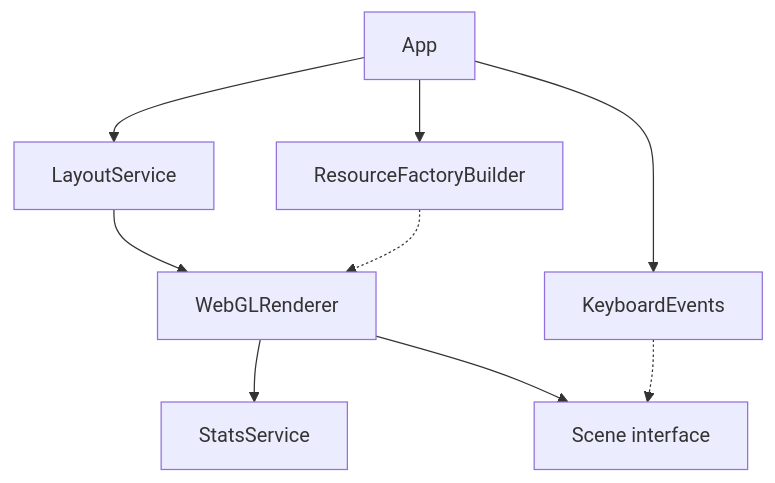
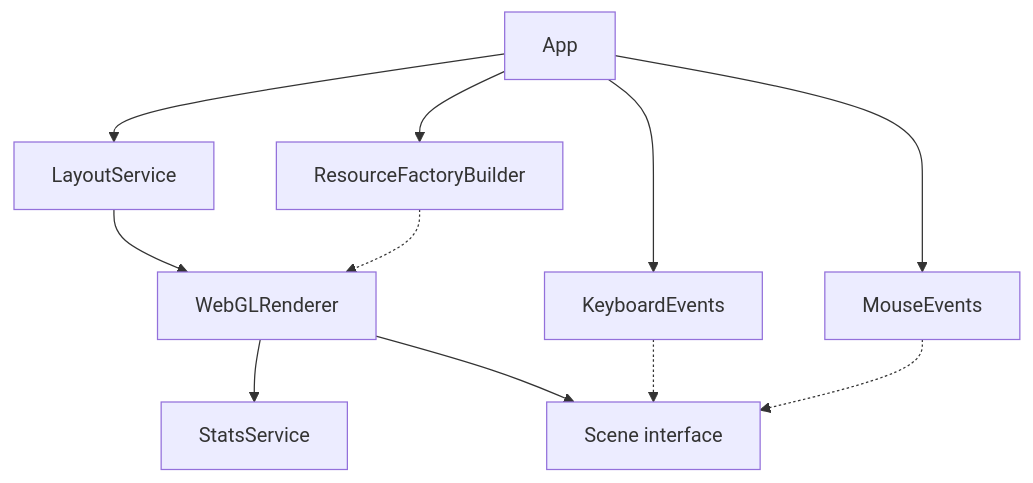
One commit to kannbaker/rpthree changed the first of 2 diagrams in docs/client-arch.md. Above: the diagram before and after it, drawn with Mermaid. The commit also changed 7 other files, not shown here.

````diff
--- a/docs/client-arch.md
+++ b/docs/client-arch.md
@@ -3,11 +3,13 @@
 ```mermaid
 flowchart TD
     App["App"] --> LayoutService["LayoutService"]
     App --> KeyboardEvents["KeyboardEvents"]
+    App --> MouseEvents["MouseEvents"]
     App --> ResourceFactoryBuilder["ResourceFactoryBuilder"]
     LayoutService --> WebGLRenderer["WebGLRenderer"]
     WebGLRenderer --> StatsService["StatsService"]
     WebGLRenderer --> Scene["Scene interface"]
     KeyboardEvents -.-> Scene
+    MouseEvents -.-> Scene
     ResourceFactoryBuilder -.-> WebGLRenderer
 ```
````
